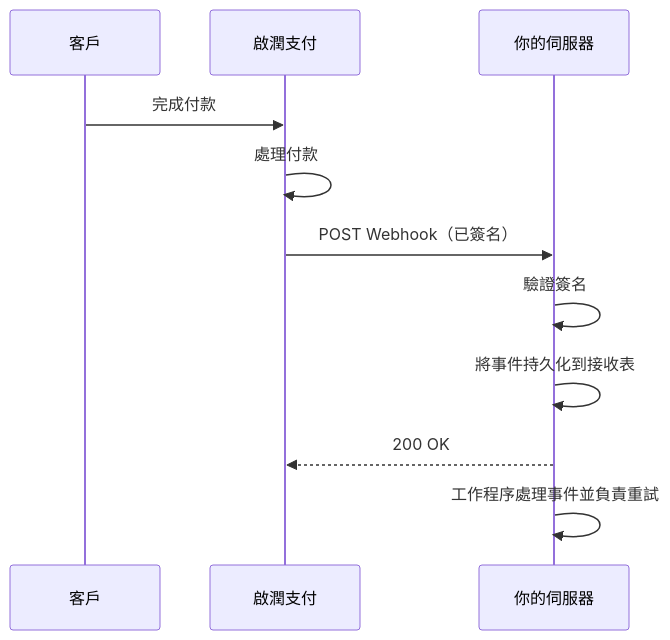
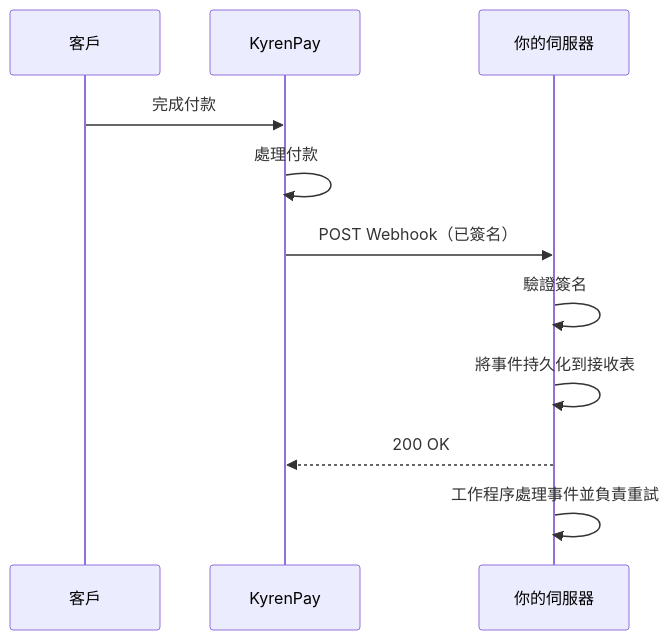
Before and after one commit to kyren-network/mintlify-docs: the diagram in zh-Hant/webhooks/overview.mdx, drawn with Mermaid. The commit also changed other lines of this file and 160 other files, not shown here.

Commit message:
docs: align KyrenPay branding and improve multilingual SEO

````diff
--- a/zh-Hant/webhooks/overview.mdx
+++ b/zh-Hant/webhooks/overview.mdx
@@ -10,14 +11,14 @@
 ```mermaid
 sequenceDiagram
     participant Customer as 客戶
-    participant KyrenPay as 啟潤支付
+    participant KyrenPay as KyrenPay
     participant YourServer as 你的伺服器
 
     Customer->>KyrenPay: 完成付款
     KyrenPay->>KyrenPay: 處理付款
     KyrenPay->>YourServer: POST Webhook（已簽名）
     YourServer->>YourServer: 驗證簽名
     YourServer->>YourServer: 將事件持久化到接收表
     YourServer-->>KyrenPay: 200 OK
     YourServer->>YourServer: 工作程序處理事件並負責重試
 ```
````
